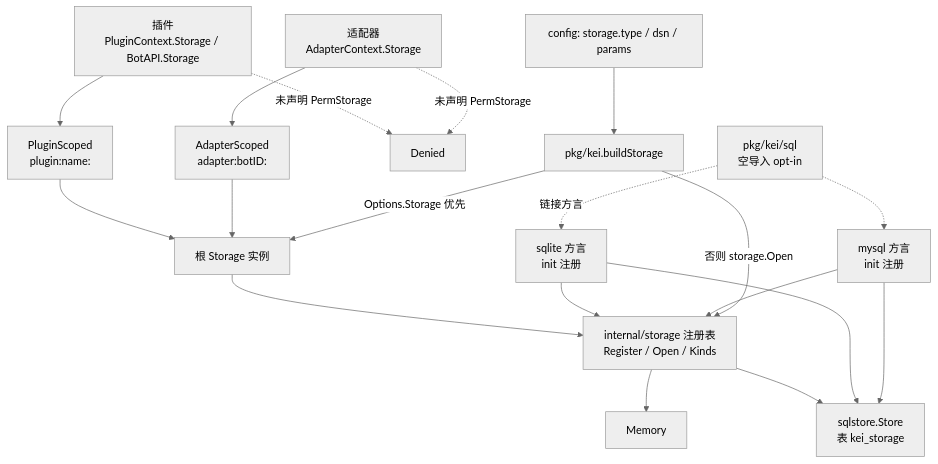
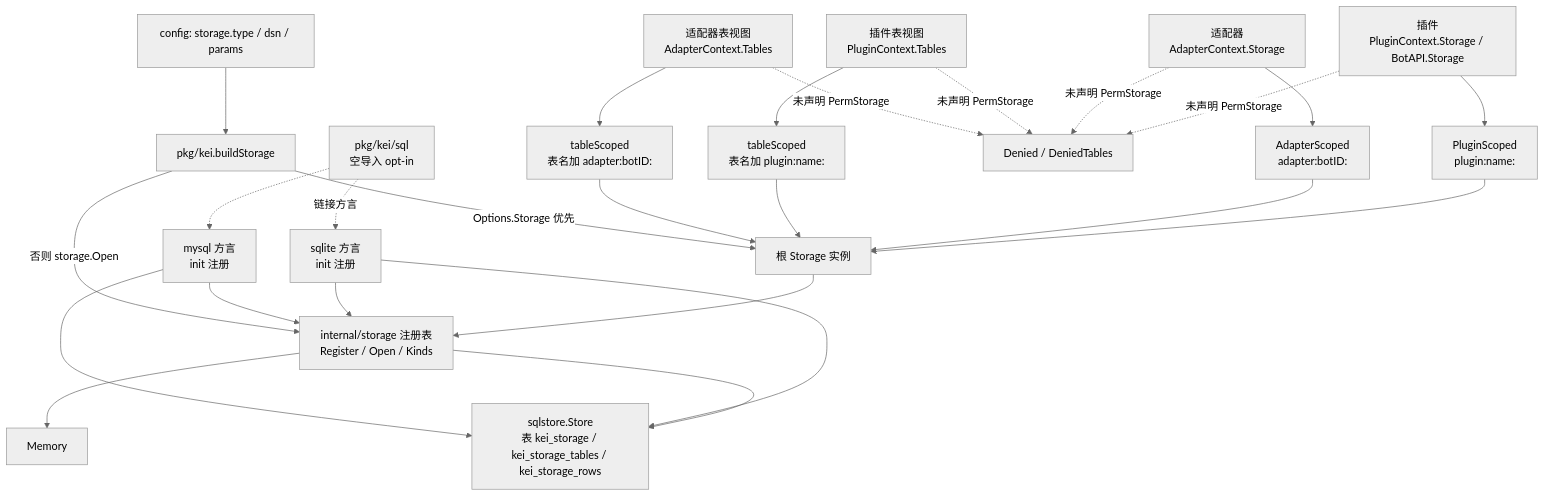
Before and after one commit to RandomLemon/kei: the diagram in docs/storage.md, drawn with Mermaid (neutral theme). The commit also changed other lines of this file and 28 other files, not shown here.

First line of the commit message:
feat(storage): add table and row CRUD via bot.TableStorage

````diff
--- a/docs/storage.md
+++ b/docs/storage.md
@@ -13,21 +13,27 @@
 ```mermaid
 graph TD
   P["插件<br/>PluginContext.Storage / BotAPI.Storage"] --> PV["PluginScoped<br/>plugin:name:"]
   A["适配器<br/>AdapterContext.Storage"] --> AV["AdapterScoped<br/>adapter:botID:"]
+  PT["插件表视图<br/>PluginContext.Tables"] --> TV["tableScoped<br/>表名加 plugin:name:"]
+  AT["适配器表视图<br/>AdapterContext.Tables"] --> TV2["tableScoped<br/>表名加 adapter:botID:"]
   PV --> ROOT["根 Storage 实例"]
   AV --> ROOT
-  P -.未声明 PermStorage.-> DEN["Denied"]
+  TV --> ROOT
+  TV2 --> ROOT
+  P -.未声明 PermStorage.-> DEN["Denied / DeniedTables"]
   A -.未声明 PermStorage.-> DEN
+  PT -.未声明 PermStorage.-> DEN
+  AT -.未声明 PermStorage.-> DEN
   ROOT --> REG["internal/storage 注册表<br/>Register / Open / Kinds"]
   REG --> MEM["Memory"]
-  REG --> SQL["sqlstore.Store<br/>表 kei_storage"]
+  REG --> SQL["sqlstore.Store<br/>表 kei_storage / kei_storage_tables / kei_storage_rows"]
   LITE["sqlite 方言<br/>init 注册"] --> REG
   MYSQL["mysql 方言<br/>init 注册"] --> REG
   LITE --> SQL
   MYSQL --> SQL
   OPTIN["pkg/kei/sql<br/>空导入 opt-in"] -.链接方言.-> LITE
   OPTIN -.-> MYSQL
   BS["pkg/kei.buildStorage"] -->|"Options.Storage 优先"| ROOT
   BS -->|"否则 storage.Open"| REG
   CFG["config: storage.type / dsn / params"] --> BS
 ```
````
